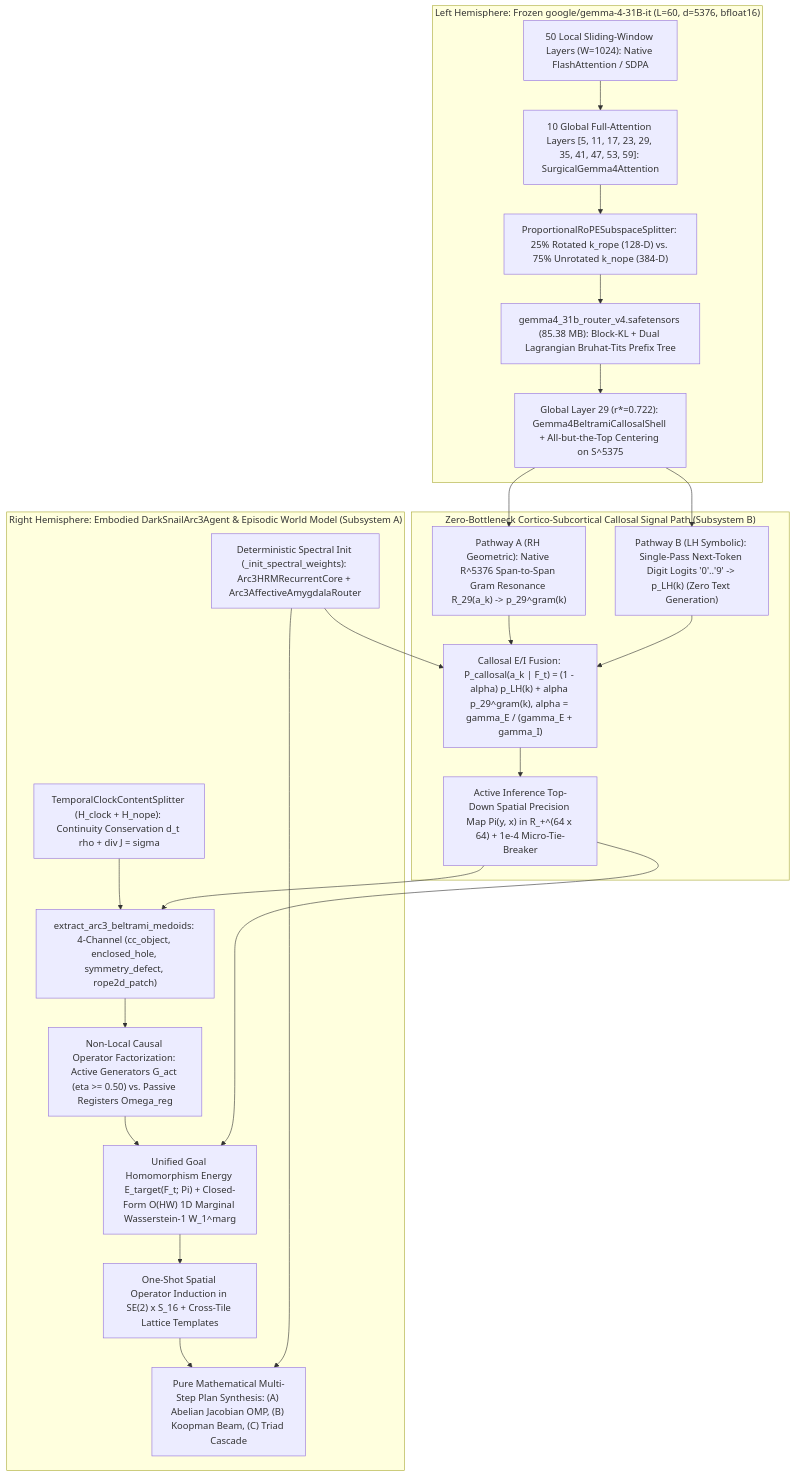
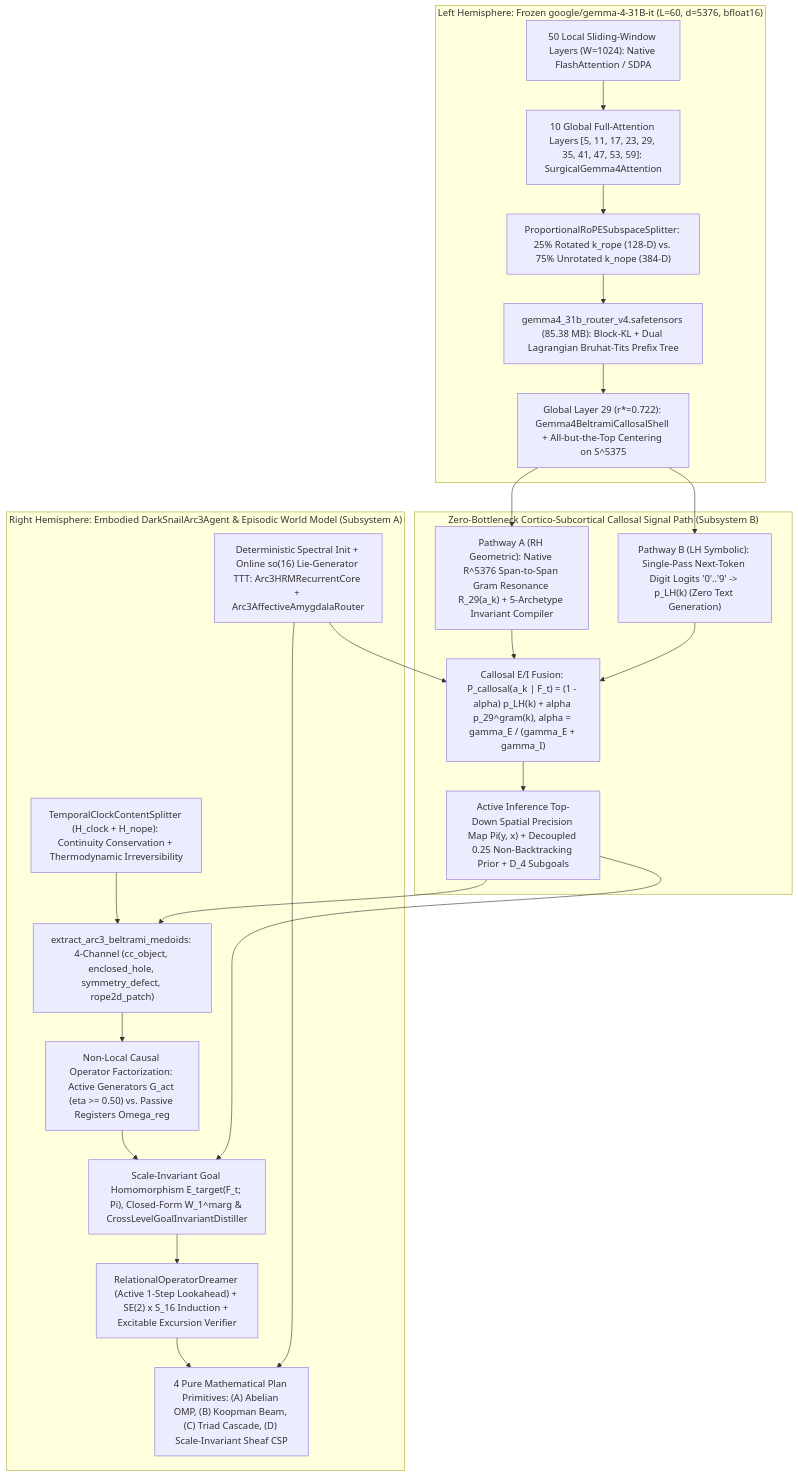
Before and after one commit to sneed-and-feed/projectdarksnail: the diagram in papers/darksnail_gemma4_arc3_preprint.md, drawn with Mermaid. The commit also changed other lines of this file and 8 other files, not shown here.

Commit message:
Milestone 5 + Argon Refactoring: Scale-invariant Sheaf CSP, RelationalOperatorDreamer, CrossLevelGoalInvariantDistiller, Online Lie TTT & Decoupled Gemma 4 Callosal Priors (29/183 levels, 4.8124% RHAE)

````diff
--- a/papers/darksnail_gemma4_arc3_preprint.md
+++ b/papers/darksnail_gemma4_arc3_preprint.md
@@ -106,33 +106,33 @@
 ```mermaid
 flowchart TD
     subgraph LH["Left Hemisphere: Frozen google/gemma-4-31B-it (L=60, d=5376, bfloat16)"]
         Local50["50 Local Sliding-Window Layers (W=1024): Native FlashAttention / SDPA"]
         Global10["10 Global Full-Attention Layers [5, 11, 17, 23, 29, 35, 41, 47, 53, 59]: SurgicalGemma4Attention"]
         PRoPE["ProportionalRoPESubspaceSplitter: 25% Rotated k_rope (128-D) vs. 75% Unrotated k_nope (384-D)"]
         Sidecar["gemma4_31b_router_v4.safetensors (85.38 MB): Block-KL + Dual Lagrangian Bruhat-Tits Prefix Tree"]
         Layer29["Global Layer 29 (r*=0.722): Gemma4BeltramiCallosalShell + All-but-the-Top Centering on S^5375"]
         Local50 --> Global10 --> PRoPE --> Sidecar --> Layer29
     end
 
     subgraph Callosum["Zero-Bottleneck Cortico-Subcortical Callosal Signal Path (Subsystem B)"]
-        PathA["Pathway A (RH Geometric): Native R^5376 Span-to-Span Gram Resonance R_29(a_k) -> p_29^gram(k)"]
+        PathA["Pathway A (RH Geometric): Native R^5376 Span-to-Span Gram Resonance R_29(a_k) + 5-Archetype Invariant Compiler"]
         PathB["Pathway B (LH Symbolic): Single-Pass Next-Token Digit Logits '0'..'9' -> p_LH(k) (Zero Text Generation)"]
         EIFusion["Callosal E/I Fusion: P_callosal(a_k | F_t) = (1 - alpha) p_LH(k) + alpha p_29^gram(k), alpha = gamma_E / (gamma_E + gamma_I)"]
-        TopDownPi["Active Inference Top-Down Spatial Precision Map Pi(y, x) in R_+^(64 x 64) + 1e-4 Micro-Tie-Breaker"]
+        TopDownPi["Active Inference Top-Down Spatial Precision Map Pi(y, x) + Decoupled 0.25 Non-Backtracking Prior + D_4 Subgoals"]
         Layer29 --> PathA & PathB --> EIFusion --> TopDownPi
     end
 
     subgraph RH["Right Hemisphere: Embodied DarkSnailArc3Agent & Episodic World Model (Subsystem A)"]
-        ClockSplit["TemporalClockContentSplitter (H_clock + H_nope): Continuity Conservation d_t rho + div J = sigma"]
+        ClockSplit["TemporalClockContentSplitter (H_clock + H_nope): Continuity Conservation + Thermodynamic Irreversibility"]
         Medoids["extract_arc3_beltrami_medoids: 4-Channel (cc_object, enclosed_hole, symmetry_defect, rope2d_patch)"]
         CausalFact["Non-Local Causal Operator Factorization: Active Generators G_act (eta >= 0.50) vs. Passive Registers Omega_reg"]
-        TargetHom["Unified Goal Homomorphism Energy E_target(F_t; Pi) + Closed-Form O(HW) 1D Marginal Wasserstein-1 W_1^marg"]
-        OpInduce["One-Shot Spatial Operator Induction in SE(2) x S_16 + Cross-Tile Lattice Templates"]
-        PlanSynth["Pure Mathematical Multi-Step Plan Synthesis: (A) Abelian Jacobian OMP, (B) Koopman Beam, (C) Triad Cascade"]
-        SpectralHRM["Deterministic Spectral Init (_init_spectral_weights): Arc3HRMRecurrentCore + Arc3AffectiveAmygdalaRouter"]
+        TargetHom["Scale-Invariant Goal Homomorphism E_target(F_t; Pi), Closed-Form W_1^marg & CrossLevelGoalInvariantDistiller"]
+        OpInduce["RelationalOperatorDreamer (Active 1-Step Lookahead) + SE(2) x S_16 Induction + Excitable Excursion Verifier"]
+        PlanSynth["4 Pure Mathematical Plan Primitives: (A) Abelian OMP, (B) Koopman Beam, (C) Triad Cascade, (D) Scale-Invariant Sheaf CSP"]
+        SpectralHRM["Deterministic Spectral Init + Online so(16) Lie-Generator TTT: Arc3HRMRecurrentCore + Arc3AffectiveAmygdalaRouter"]
 
         ClockSplit --> Medoids --> CausalFact --> TargetHom --> OpInduce --> PlanSynth
         TopDownPi --> Medoids & TargetHom
         SpectralHRM --> EIFusion & PlanSynth
     end
 ```
````
